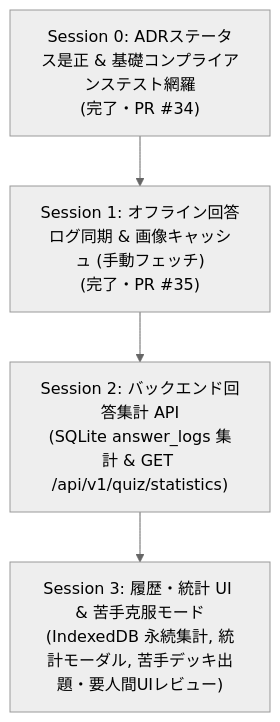
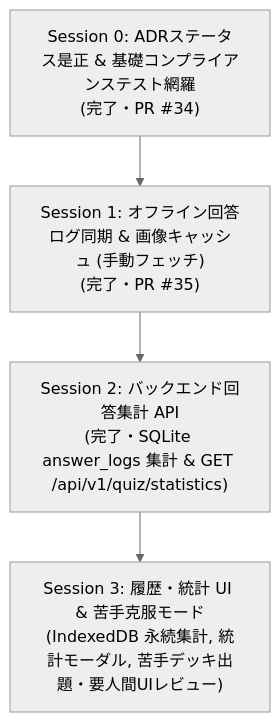
One commit to AobaIwaki123/penlight-v2 changed the diagram in docs/notes/13_adr_gap_resolution_and_session_roadmap.md. Above: the diagram before and after it, drawn with Mermaid (neutral theme). The commit also changed other lines of this file and 11 other files, not shown here.

Commit message:
feat(statistics): implement backend quiz statistics API with JSON metadata extensibility (Session 2)

````diff
--- a/docs/notes/13_adr_gap_resolution_and_session_roadmap.md
+++ b/docs/notes/13_adr_gap_resolution_and_session_roadmap.md
@@ -29,9 +29,9 @@
 ```mermaid
 flowchart TD
     S0["Session 0: ADRステータス是正 & 基礎コンプライアンステスト網羅<br/>(完了・PR #34)"]
     S1["Session 1: オフライン回答ログ同期 & 画像キャッシュ (手動フェッチ)<br/>(完了・PR #35)"]
-    S2["Session 2: バックエンド回答集計 API<br/>(SQLite answer_logs 集計 & GET /api/v1/quiz/statistics)"]
+    S2["Session 2: バックエンド回答集計 API<br/>(完了・SQLite answer_logs 集計 & GET /api/v1/quiz/statistics)"]
     S3["Session 3: 履歴・統計 UI & 苦手克服モード<br/>(IndexedDB 永続集計, 統計モーダル, 苦手デッキ出題・要人間UIレビュー)"]
 
     S0 --> S1 --> S2 --> S3
 ```
````
